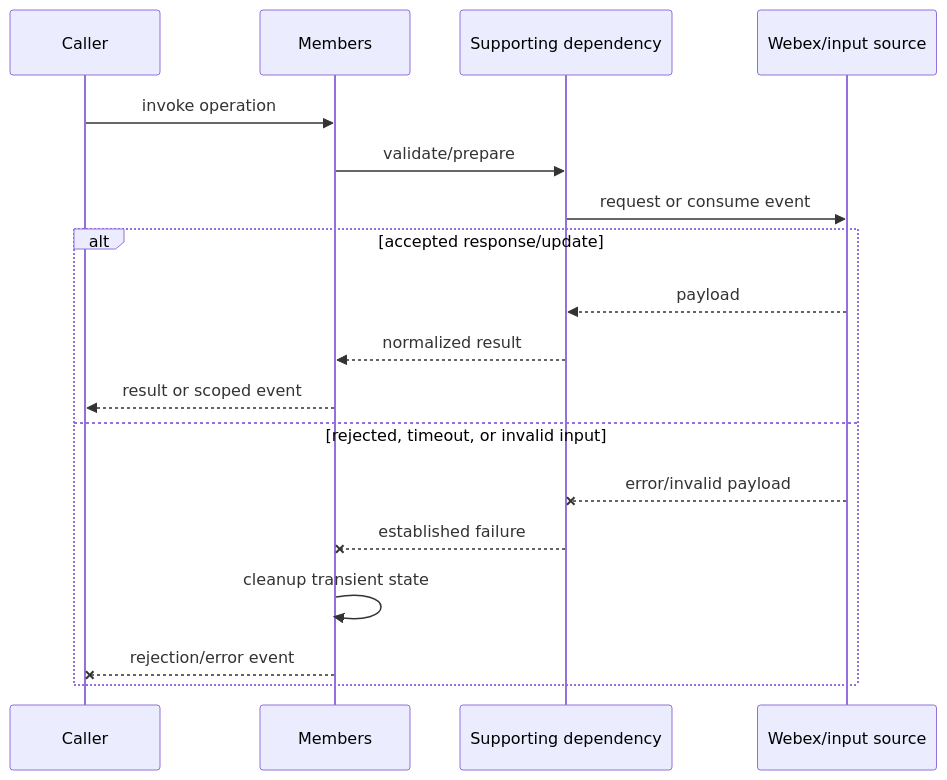
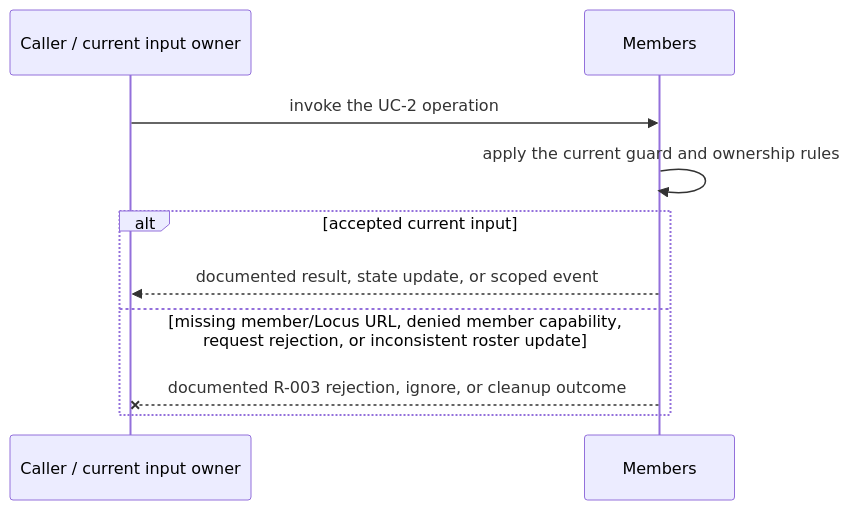
The third of 4 diagrams in packages/@webex/plugin-meetings/src/members/ai-docs/members-spec.md (webex/webex-js-sdk), drawn with Mermaid before and after one commit. The commit also changed other lines of this file and 26 other files, not shown here.

````diff
--- a/packages/@webex/plugin-meetings/src/members/ai-docs/members-spec.md
+++ b/packages/@webex/plugin-meetings/src/members/ai-docs/members-spec.md
@@ -123,20 +143,12 @@
 ```mermaid
 sequenceDiagram
-  participant C as Caller
+  participant C as Caller / current input owner
   participant M as Members
-  participant D as Supporting dependency
-  participant W as Webex/input source
-  C->>M: invoke operation
-  M->>D: validate/prepare
-  D->>W: request or consume event
-  alt accepted response/update
-    W-->>D: payload
-    D-->>M: normalized result
-    M-->>C: result or scoped event
-  else rejected, timeout, or invalid input
-    W--xD: error/invalid payload
-    D--xM: established failure
-    M->>M: cleanup transient state
-    M--xC: rejection/error event
+  C->>M: invoke the UC-2 operation
+  M->>M: apply the current guard and ownership rules
+  alt accepted current input
+    M-->>C: documented result, state update, or scoped event
+  else missing member/Locus URL, denied member capability, request rejection, or inconsistent roster update
+    M--xC: documented R-003 rejection, ignore, or cleanup outcome
   end
 ```
````
